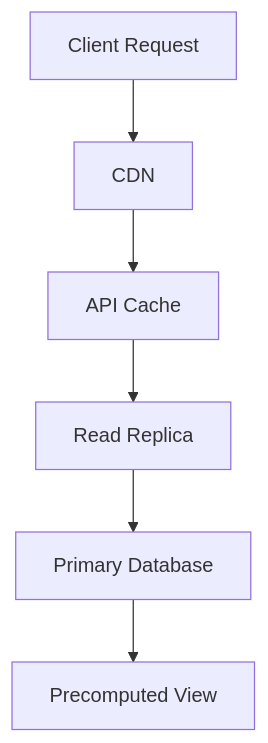
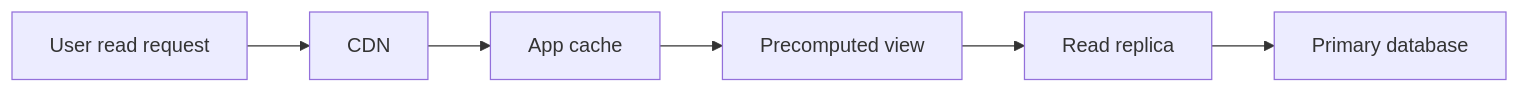
One commit to mthaiseer/springcloud-systemdesign-notes changed the third of 16 diagrams in HLD_NOTES/002_TYPES_OF_INTERVIEWS/000_All_types_quick_reference.md. Above: the diagram before and after it, drawn with Mermaid. The commit also changed other lines of this file and 1 other file, not shown here.

````diff
--- a/HLD_NOTES/002_TYPES_OF_INTERVIEWS/000_All_types_quick_reference.md
+++ b/HLD_NOTES/002_TYPES_OF_INTERVIEWS/000_All_types_quick_reference.md
@@ -218,8 +349,14 @@
 ```mermaid
-flowchart TD
-  A[Client Request] --> B[CDN]
-  B --> C[API Cache]
-  C --> D[Read Replica]
-  D --> E[Primary Database]
-  E --> F[Precomputed View]
+flowchart LR
+  A[User read request]
+  B[CDN]
+  C[App cache]
+  D[Read replica]
+  E[Primary database]
+  F[Precomputed view]
+  A --> B
+  B --> C
+  C --> F
+  F --> D
+  D --> E
 ```
````
